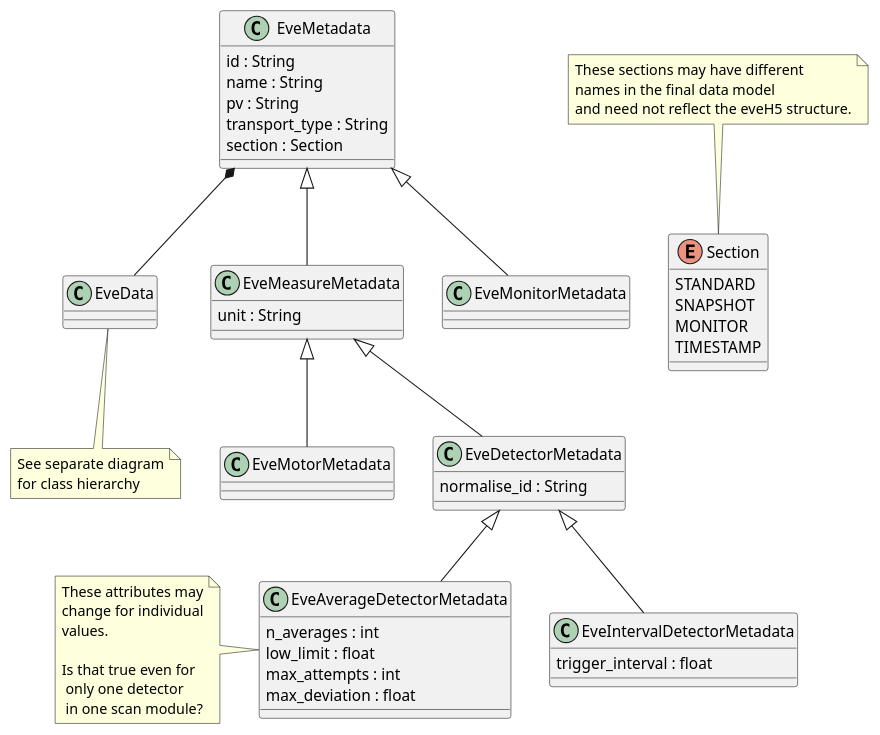
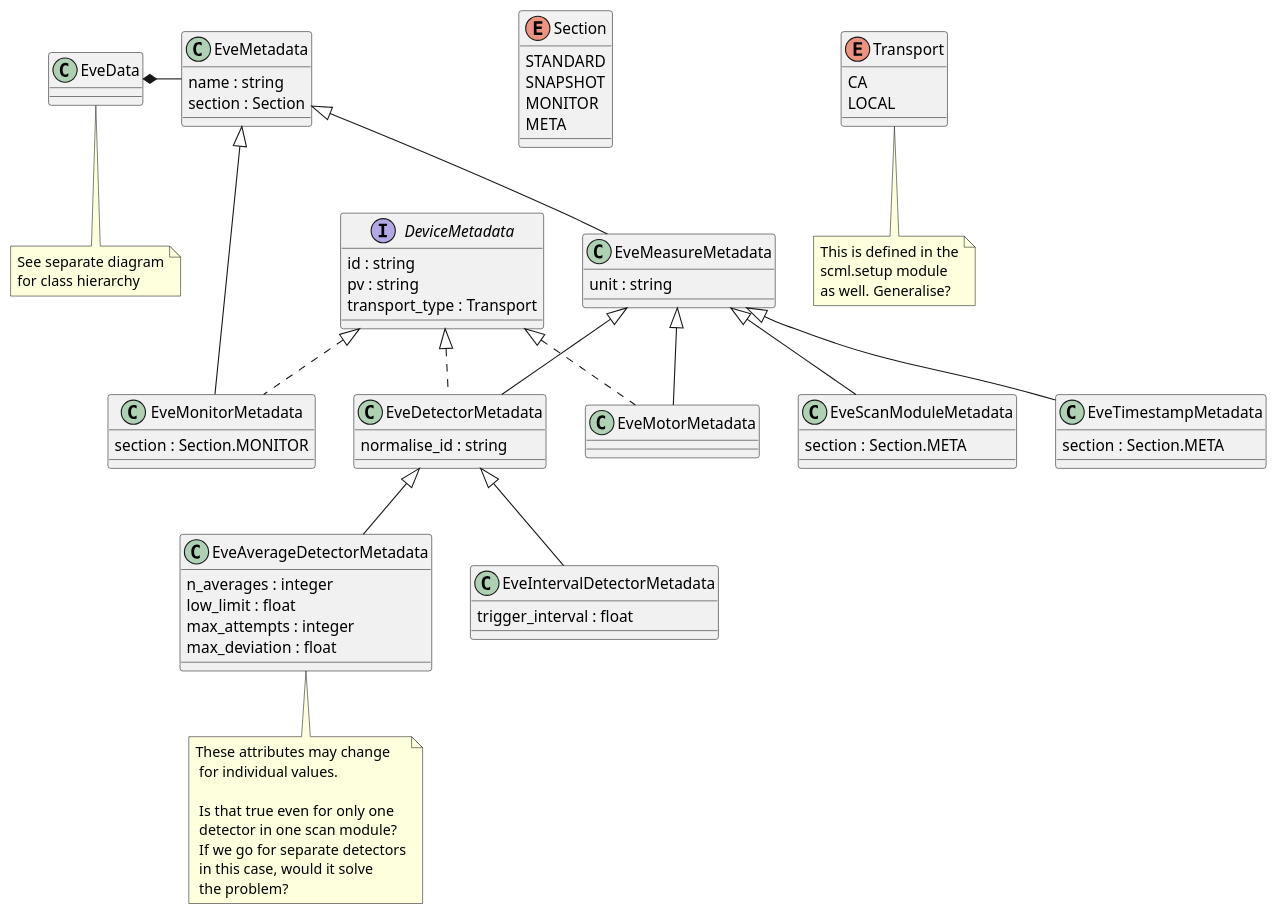
The diagram in docs/uml/evedata.evefile.metadata.puml (tillbiskup/evedata), drawn with PlantUML before and after one commit. The commit also changed 20 other files, not shown here.

Commit message:
Add scml subpackage and UML diagrams; start restructuring evedata.file module class diagrams

```diff
--- a/docs/uml/evedata.evefile.metadata.puml
+++ b/docs/uml/evedata.evefile.metadata.puml
@@ -1,58 +1,85 @@
 @startuml
 
 class EveMetadata {
-    id : String
-    name : String
-    pv : String
-    transport_type : String
+    name : string
     section : Section
 }
 
 class EveData {
 }
 note bottom: See separate diagram\nfor class hierarchy
 
 enum Section {
     STANDARD
     SNAPSHOT
     MONITOR
-    TIMESTAMP
+    META
 }
-note top: These sections may have different\nnames in the final data model\nand need not reflect the eveH5 structure.
+
+enum Transport {
+    CA
+    LOCAL
+}
+note bottom: This is defined in the\nscml.setup module\nas well. Generalise?
+
+interface DeviceMetadata {
+    id : string
+    pv : string
+    transport_type : Transport
+}
 
 class EveMeasureMetadata {
-    unit : String
+    unit : string
 }
 
-class EveMonitorMetadata{
+class EveMonitorMetadata implements DeviceMetadata {
+    section : Section.MONITOR
 }
 
-class EveMotorMetadata {
+class EveMotorMetadata implements DeviceMetadata  {
 }
 
-class EveDetectorMetadata {
-    normalise_id : String
+class EveDetectorMetadata implements DeviceMetadata  {
+    normalise_id : string
+}
+
+class EveTimestampMetadata {
+    section : Section.META
+}
+
+class EveScanModuleMetadata {
+    section : Section.META
 }
 
 class EveAverageDetectorMetadata {
-    n_averages : int
+    n_averages : integer
     low_limit : float
-    max_attempts : int
+    max_attempts : integer
     max_deviation : float
 }
-note left: These attributes may\nchange for individual\nvalues.\n\nIs that true even for\n only one detector\n in one scan module?
+note bottom
+    These attributes may change
+     for individual values.
+
+     Is that true even for only one
+     detector in one scan module?
+     If we go for separate detectors
+     in this case, would it solve
+     the problem?
+end note
 
 class EveIntervalDetectorMetadata {
     trigger_interval : float
 }
 
-EveMetadata *-- EveData
+EveData *- EveMetadata
 EveMetadata <|-- EveMeasureMetadata
 EveMetadata <|-- EveMonitorMetadata
 EveMeasureMetadata <|-- EveDetectorMetadata
 EveMeasureMetadata <|-- EveMotorMetadata
+EveMeasureMetadata <|-- EveTimestampMetadata
+EveMeasureMetadata <|-- EveScanModuleMetadata
 EveDetectorMetadata <|-- EveAverageDetectorMetadata
 EveDetectorMetadata <|-- EveIntervalDetectorMetadata
 
-
 @enduml
```
